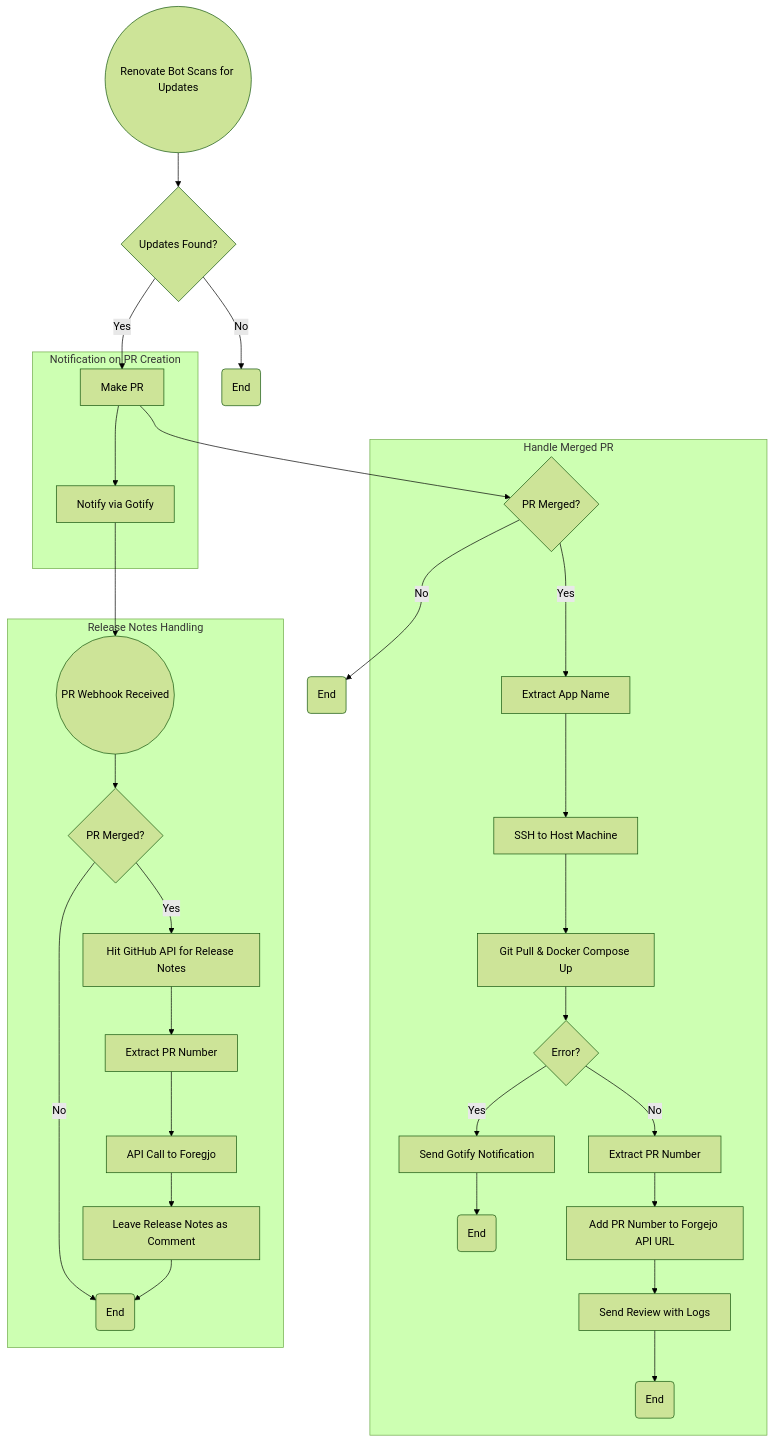
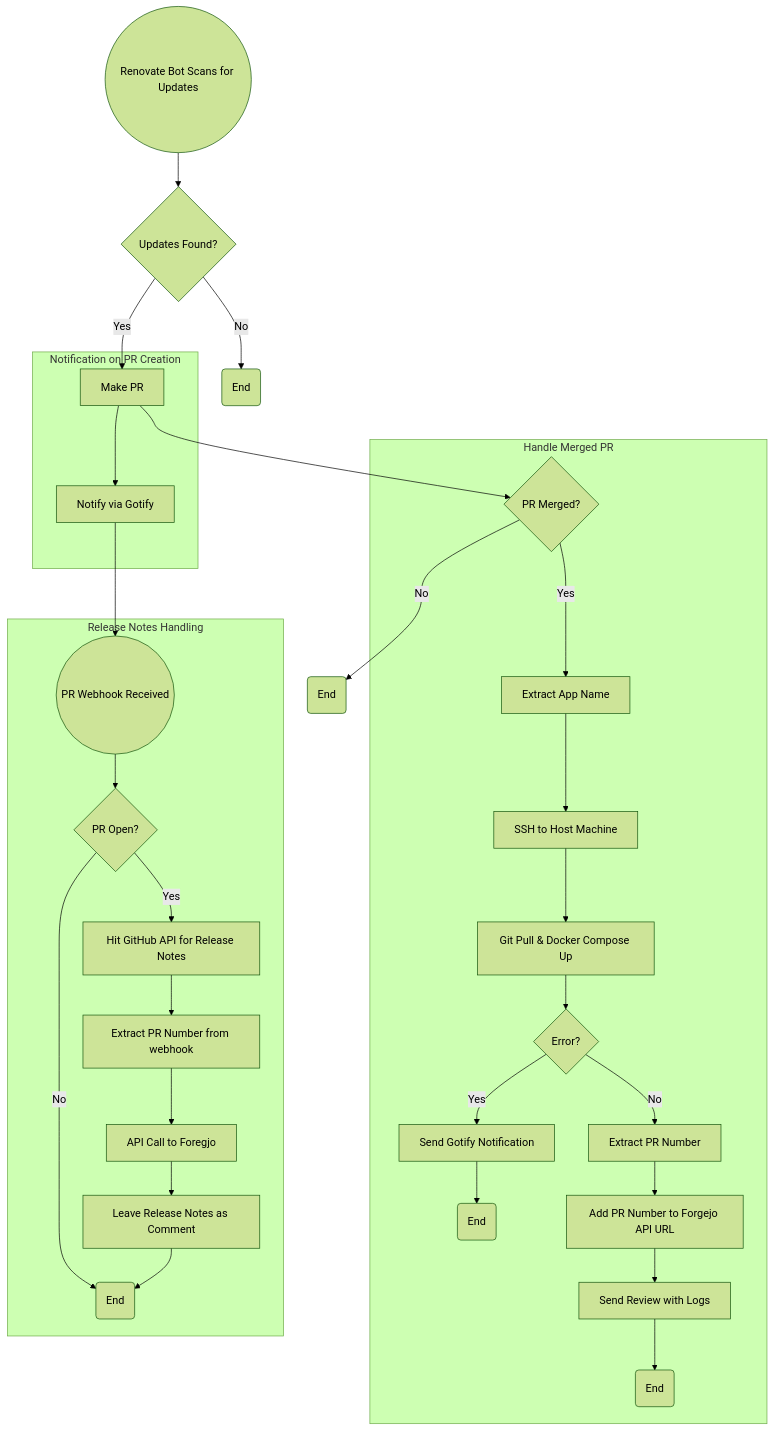
Before and after one commit to Mafyuh/Git-Homelab: the diagram in README.md, drawn with Mermaid (forest theme).

````diff
--- a/README.md
+++ b/README.md
@@ -257,39 +257,39 @@
 ```mermaid
 graph TD
   A1((Renovate Bot Scans for Updates)) --> A2{Updates Found?}
   A2 -- Yes --> B[Make PR]
   A2 -- No --> C(End)
 
   B --> D{PR Merged?}
   D -- No --> E(End)
   
   subgraph Handle Merged PR
     D -- Yes --> F[Extract App Name]
     F --> G[SSH to Host Machine]
     G --> H[Git Pull & Docker Compose Up]
     H --> I{Error?}
     I -- Yes --> J[Send Gotify Notification]
     J --> K(End)
     I -- No --> L[Extract PR Number]
     L --> M[Add PR Number to Forgejo API URL]
     M --> N[Send Review with Logs]
     N --> O(End)
   end
   
   subgraph Notification on PR Creation
     B --> P[Notify via Gotify]
   end
   
   subgraph Release Notes Handling
-    Q((PR Webhook Received)) --> R{PR Merged?}
+    Q((PR Webhook Received)) --> R{PR Open?}
     R -- No --> S(End)
     R -- Yes --> T[Hit GitHub API for Release Notes]
-    T --> U[Extract PR Number]
+    T --> U[Extract PR Number from webhook]
     U --> V[API Call to Foregjo]
     V --> W[Leave Release Notes as Comment]
     W --> S
   end
   
   P --> Q
 
 ```
````
